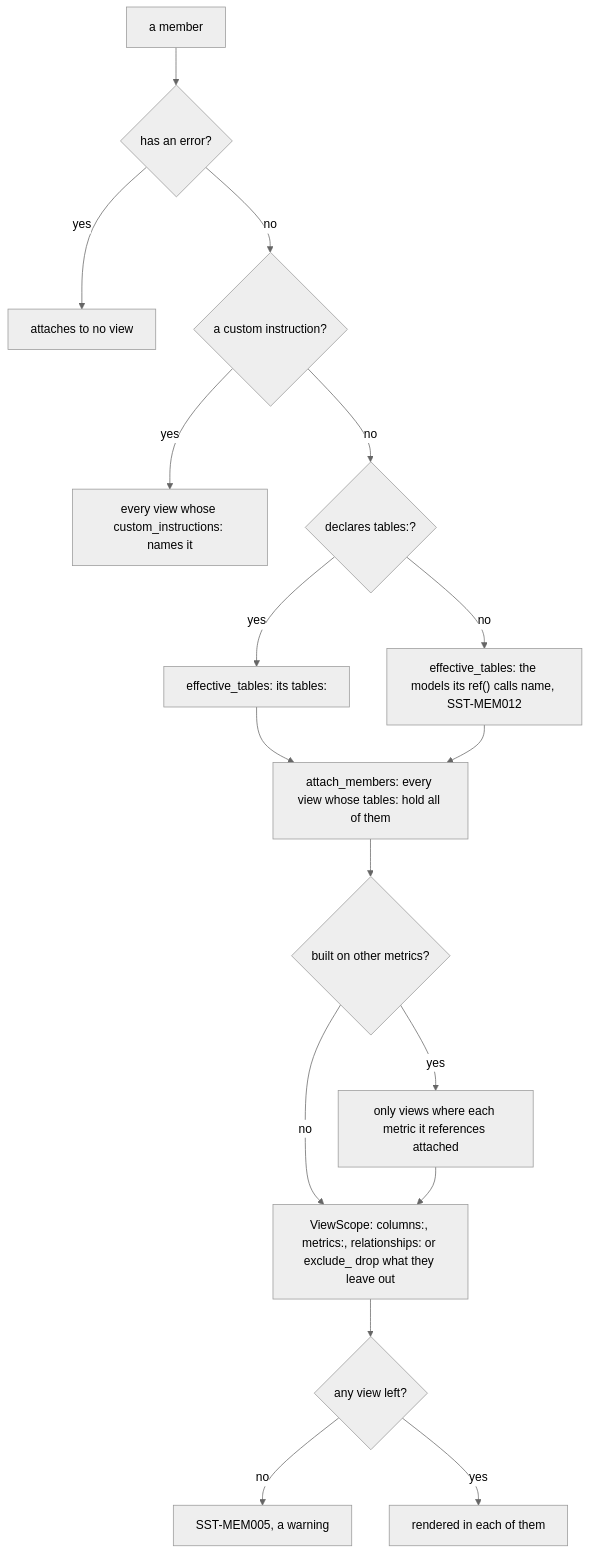
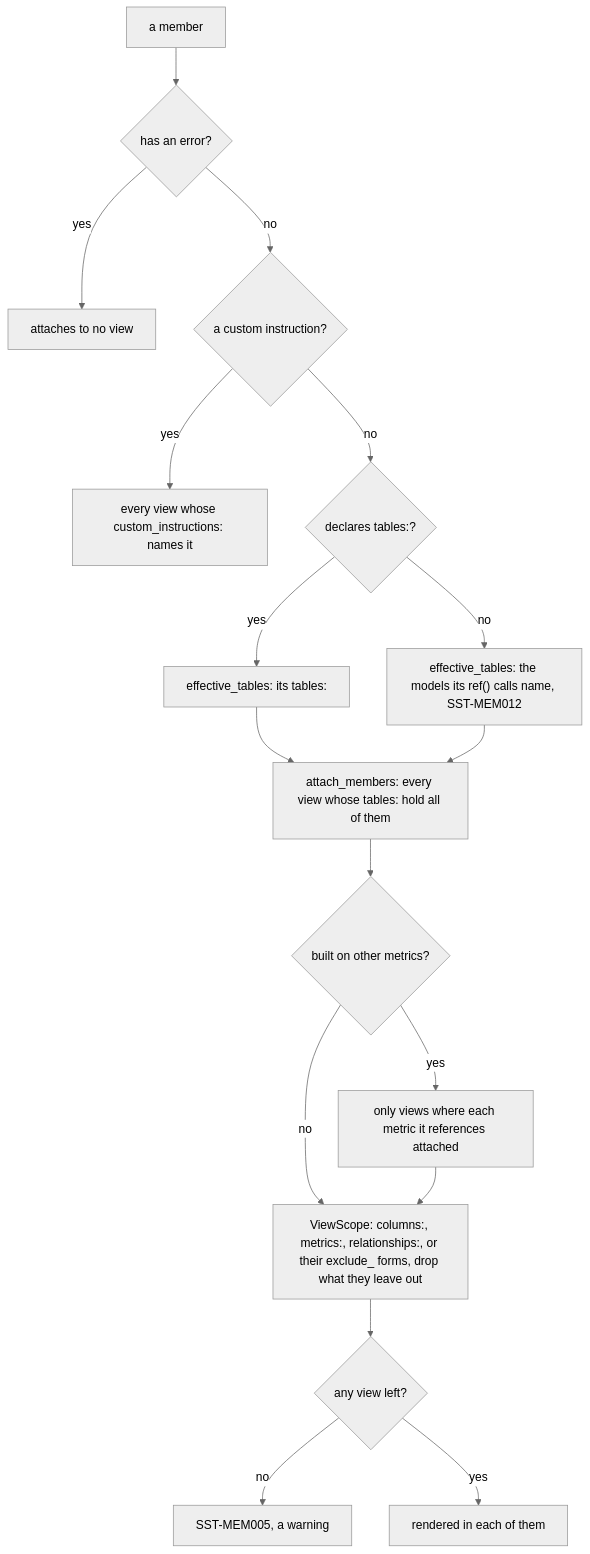
Before and after one commit to WhoopInc/snowflake-semantic-tools: the diagram in docs/guides/semantic-views.md, drawn with Mermaid (neutral theme). The commit also changed 1 other file, not shown here.

Commit message:
docs: redraw the semantic-view load and state diagrams so they read at a glance

````diff
--- a/docs/guides/semantic-views.md
+++ b/docs/guides/semantic-views.md
@@ -80,19 +80,19 @@
 ```mermaid
 flowchart TD
     member["a member"] --> poisoned{"has an error?"}
     poisoned -- yes --> nowhere["attaches to no view"]
     poisoned -- no --> instruction{"a custom instruction?"}
     instruction -- yes --> named["every view whose custom_instructions: names it"]
     instruction -- no --> declared{"declares tables:?"}
     declared -- yes --> own["effective_tables: its tables:"]
     declared -- no --> inferred["effective_tables: the models its ref() calls name, SST-MEM012"]
     own --> subset["attach_members: every view whose tables: hold all of them"]
     inferred --> subset
     subset --> built{"built on other metrics?"}
     built -- yes --> both["only views where each metric it references attached"]
     built -- no --> scope
-    both --> scope["ViewScope: columns:, metrics:, relationships: or exclude_ drop what they leave out"]
+    both --> scope["ViewScope: columns:, metrics:, relationships:, or their exclude_ forms, drop what they leave out"]
     scope --> remaining{"any view left?"}
     remaining -- no --> unattached["SST-MEM005, a warning"]
     remaining -- yes --> rendered["rendered in each of them"]
 ```
````
